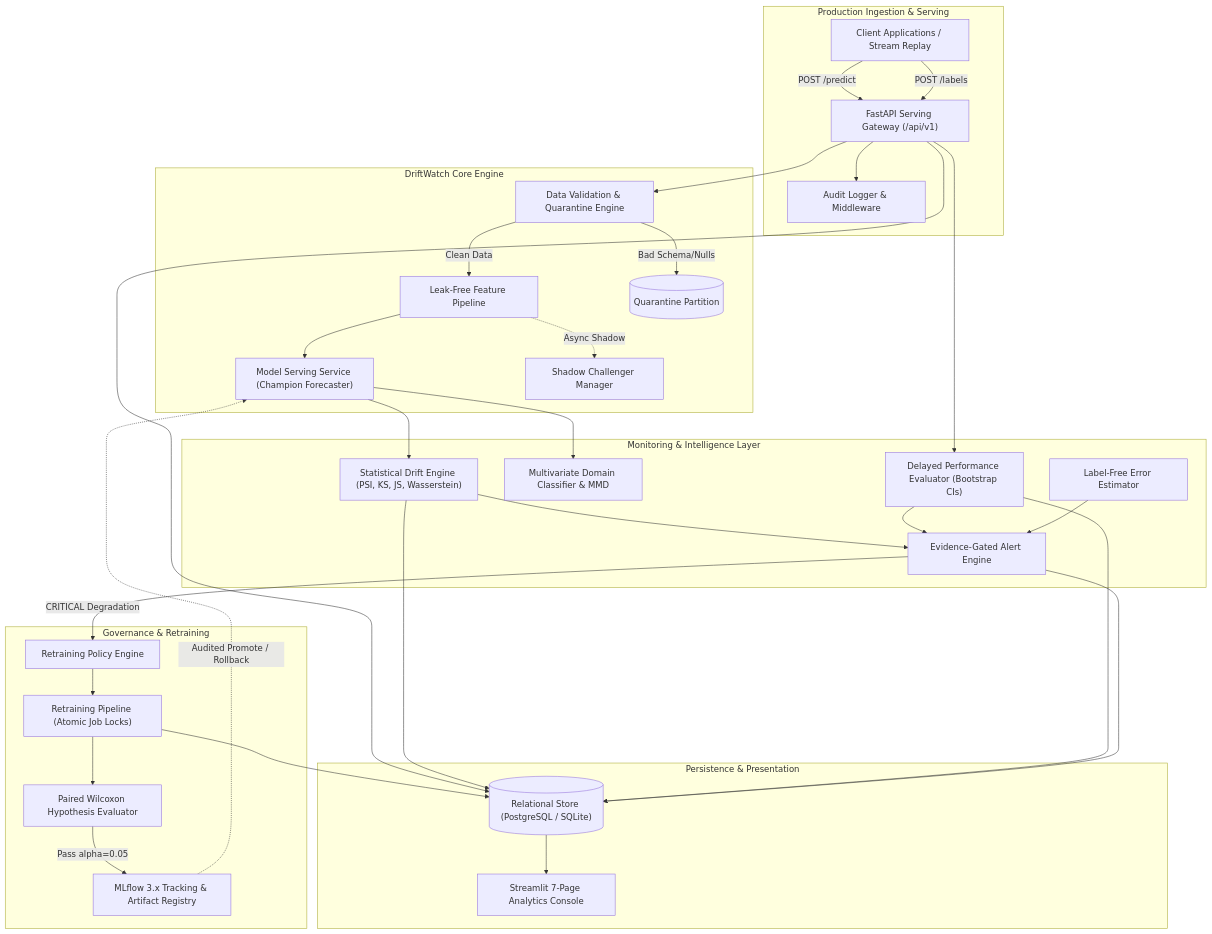
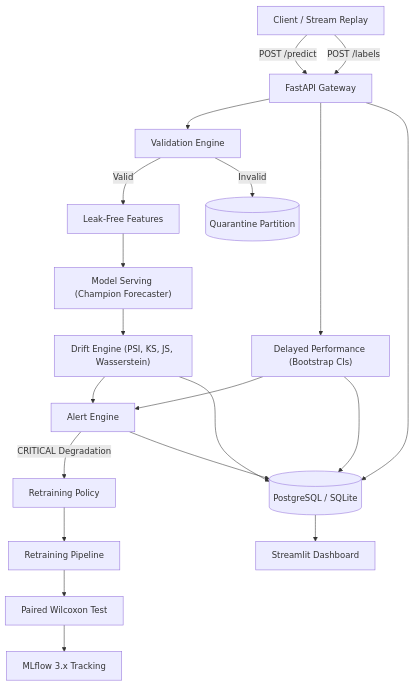
One commit to khushaalsrivastava444-cmyk/DriftWatch changed the diagram in README.md. Above: the diagram before and after it, drawn with Mermaid. The commit also changed other lines of this file, not shown here.

````diff
--- a/README.md
+++ b/README.md
@@ -42,64 +106,27 @@
 ```mermaid
 flowchart TD
-    subgraph Ingestion["Production Ingestion & Serving"]
-        Client["Client Applications / Stream Replay"]
-        API["FastAPI Serving Gateway (/api/v1)"]
-        Audit["Audit Logger & Middleware"]
-        Client -->|POST /predict| API
-        Client -->|POST /labels| API
-        API --> Audit
-    end
-
-    subgraph CoreEngine["DriftWatch Core Engine"]
-        Val["Data Validation & Quarantine Engine"]
-        Feat["Leak-Free Feature Pipeline"]
-        Serving["Model Serving Service (Champion Forecaster)"]
-        Shadow["Shadow Challenger Manager"]
-        
-        API --> Val
-        Val -->|Clean Data| Feat
-        Val -->|Bad Schema/Nulls| Quarantine[("Quarantine Partition")]
-        Feat --> Serving
-        Feat -.->|Async Shadow| Shadow
-    end
-
-    subgraph Observability["Monitoring & Intelligence Layer"]
-        Drift["Statistical Drift Engine (PSI, KS, JS, Wasserstein)"]
-        Multivar["Multivariate Domain Classifier & MMD"]
-        Perf["Delayed Performance Evaluator (Bootstrap CIs)"]
-        LabelFree["Label-Free Error Estimator"]
-        Alerts["Evidence-Gated Alert Engine"]
-        
-        Serving --> Drift
-        Serving --> Multivar
-        API --> Perf
-        Drift --> Alerts
-        Perf --> Alerts
-        LabelFree --> Alerts
-    end
-
-    subgraph Governance["Governance & Retraining"]
-        Policy["Retraining Policy Engine"]
-        Pipeline["Retraining Pipeline (Atomic Job Locks)"]
-        Eval["Paired Wilcoxon Hypothesis Evaluator"]
-        MLflow["MLflow 3.x Tracking & Artifact Registry"]
-        
-        Alerts -->|CRITICAL Degradation| Policy
-        Policy --> Pipeline
-        Pipeline --> Eval
-        Eval -->|Pass alpha=0.05| MLflow
-        MLflow -.->|Audited Promote / Rollback| Serving
-    end
-
-    subgraph Storage["Persistence & Presentation"]
-        DB[("Relational Store (PostgreSQL / SQLite)")]
-        UI["Streamlit 7-Page Analytics Console"]
-        
-        API --> DB
-        Drift --> DB
-        Perf --> DB
-        Alerts --> DB
-        Pipeline --> DB
-        DB --> UI
-    end
+    Client["Client / Stream Replay"] -->|POST /predict| API["FastAPI Gateway"]
+    Client -->|POST /labels| API
+    
+    API --> Val["Validation Engine"]
+    Val -->|Valid| Feat["Leak-Free Features"]
+    Val -->|Invalid| Quarantine[("Quarantine Partition")]
+    
+    Feat --> Serving["Model Serving (Champion Forecaster)"]
+    Serving --> Drift["Drift Engine (PSI, KS, JS, Wasserstein)"]
+    API --> Perf["Delayed Performance (Bootstrap CIs)"]
+    
+    Drift --> Alerts["Alert Engine"]
+    Perf --> Alerts
+    
+    Alerts -->|CRITICAL Degradation| Policy["Retraining Policy"]
+    Policy --> Retrain["Retraining Pipeline"]
+    Retrain --> Eval["Paired Wilcoxon Test"]
+    Eval --> MLflow["MLflow 3.x Tracking"]
+    
+    API --> DB[("PostgreSQL / SQLite")]
+    Drift --> DB
+    Perf --> DB
+    Alerts --> DB
+    DB --> UI["Streamlit Dashboard"]
 ```
````
